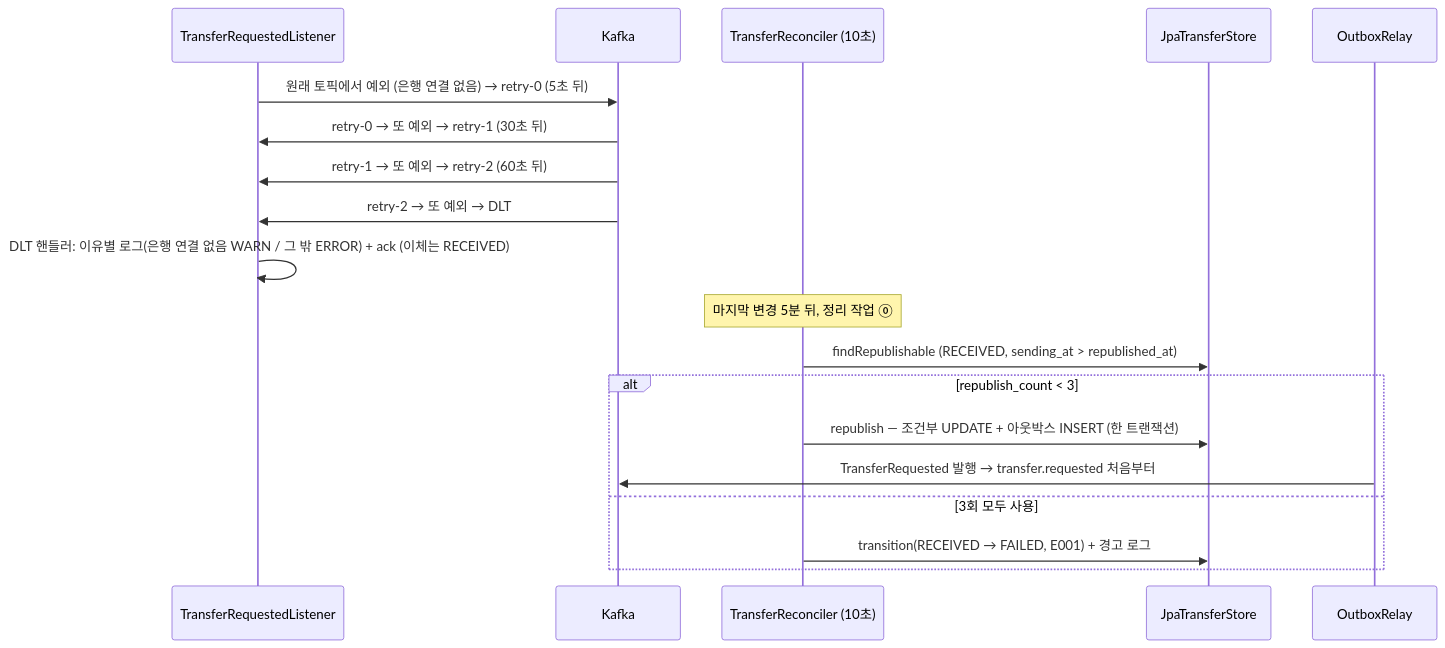
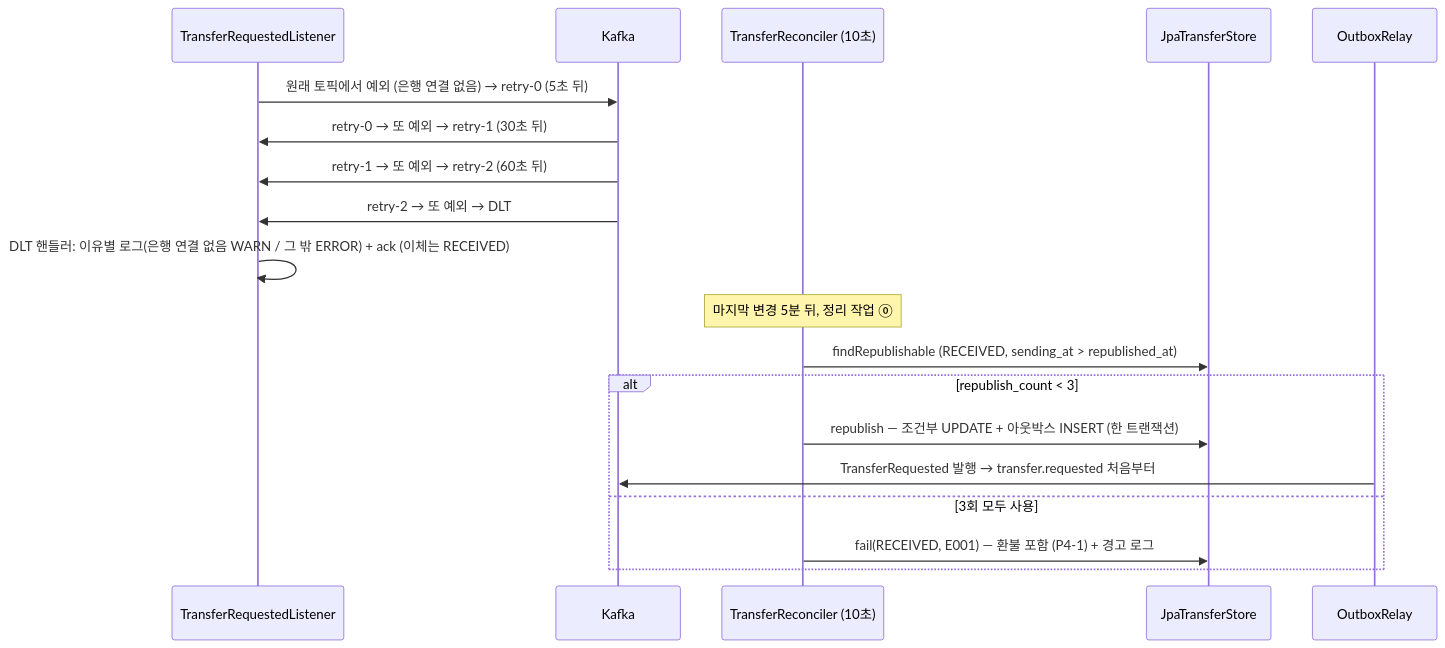
The fifth of 6 diagrams in ARCHITECTURE.md (hyeokjinON/bank-transfer), drawn with Mermaid before and after one commit. The commit also changed other lines of this file and 18 other files, not shown here.

````diff
--- a/ARCHITECTURE.md
+++ b/ARCHITECTURE.md
@@ -212,21 +218,21 @@
 ```mermaid
 sequenceDiagram
     participant L as TransferRequestedListener
     participant K as Kafka
     participant R as TransferReconciler (10초)
     participant D as JpaTransferStore
     participant O as OutboxRelay
     L->>K: 원래 토픽에서 예외 (은행 연결 없음) → retry-0 (5초 뒤)
     K->>L: retry-0 → 또 예외 → retry-1 (30초 뒤)
     K->>L: retry-1 → 또 예외 → retry-2 (60초 뒤)
     K->>L: retry-2 → 또 예외 → DLT
     L->>L: DLT 핸들러: 이유별 로그(은행 연결 없음 WARN / 그 밖 ERROR) + ack (이체는 RECEIVED)
     Note over R: 마지막 변경 5분 뒤, 정리 작업 ⓪
     R->>D: findRepublishable (RECEIVED, sending_at > republished_at)
     alt republish_count < 3
         R->>D: republish — 조건부 UPDATE + 아웃박스 INSERT (한 트랜잭션)
         O->>K: TransferRequested 발행 → transfer.requested 처음부터
     else 3회 모두 사용
-        R->>D: transition(RECEIVED → FAILED, E001) + 경고 로그
+        R->>D: fail(RECEIVED, E001) — 환불 포함 (P4-1) + 경고 로그
     end
 ```
````
